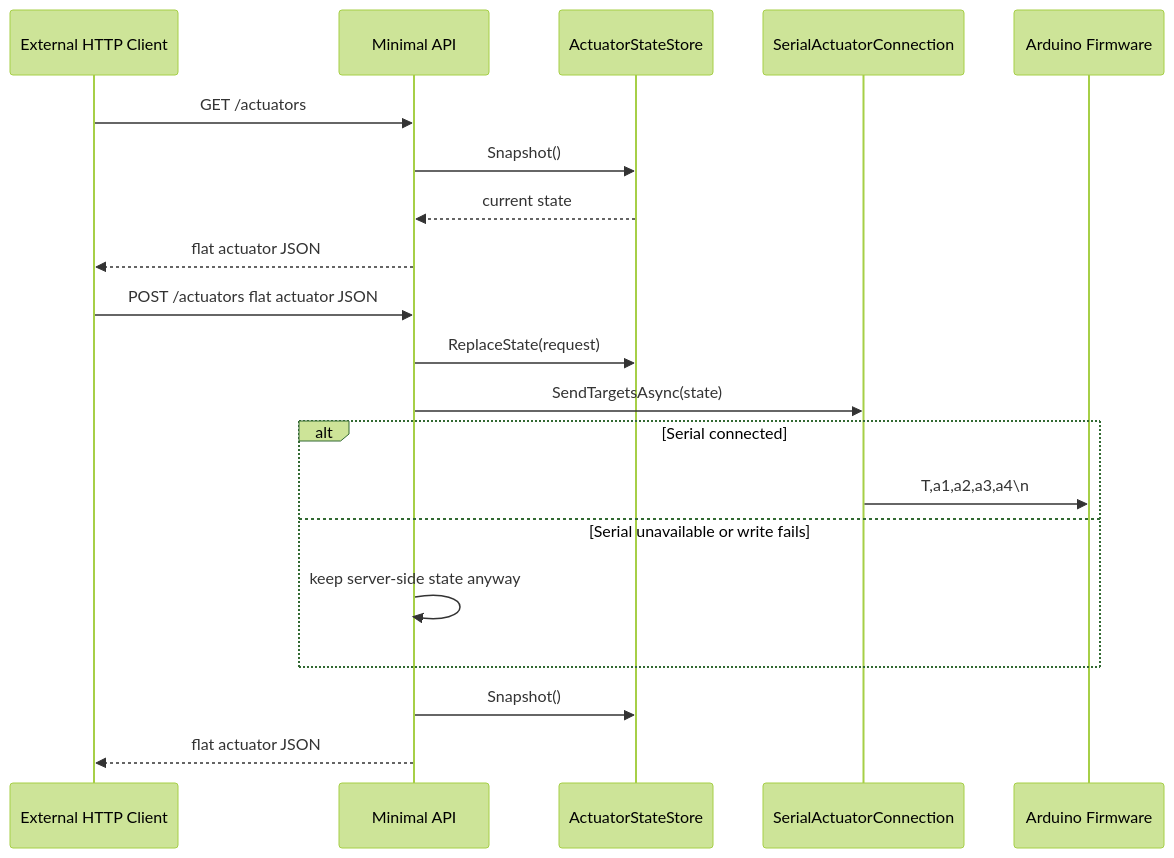
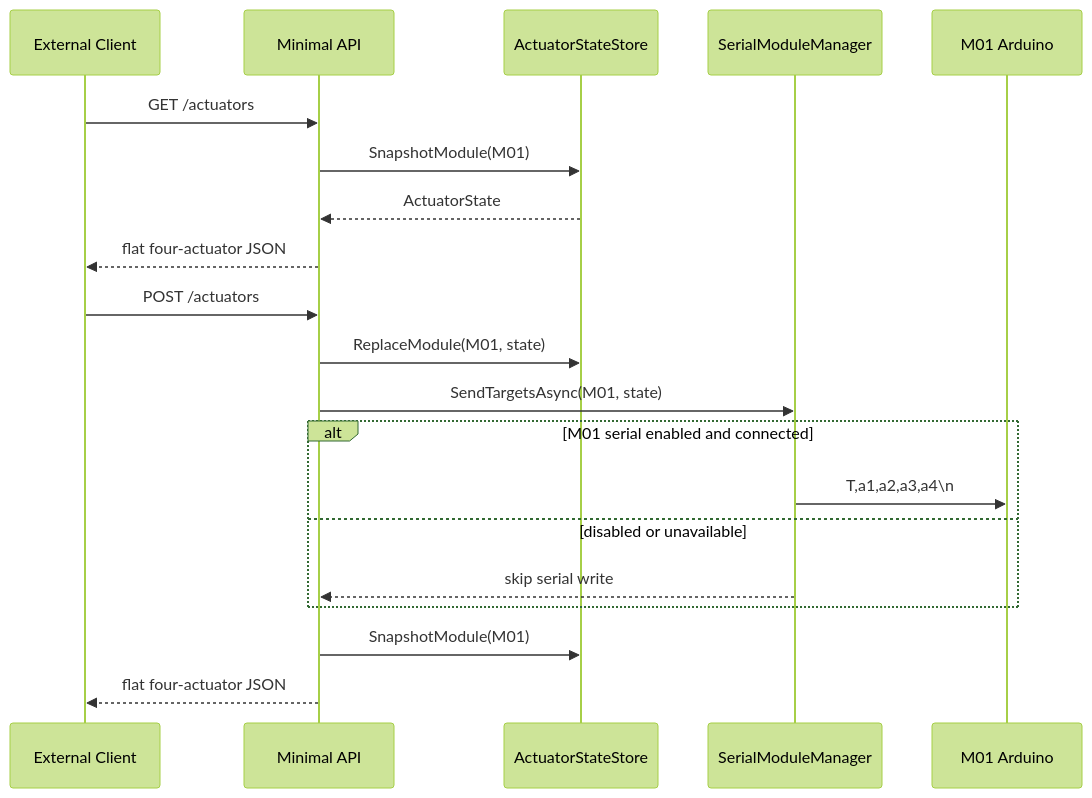
The fifth of 8 diagrams in linear_actuator/SYSTEM_DIAGRAM.md (Arastookhajehee/linear_actuator_dev), drawn with Mermaid (forest theme) before and after one commit. The commit also changed other lines of this file and 16 other files, not shown here.

Commit message:
Add bundled actuator module support

````diff
--- a/linear_actuator/SYSTEM_DIAGRAM.md
+++ b/linear_actuator/SYSTEM_DIAGRAM.md
@@ -57,24 +121,24 @@
 ```mermaid
 sequenceDiagram
-    participant Client as External HTTP Client
+    participant Client as External Client
     participant API as Minimal API
-    participant State as ActuatorStateStore
-    participant Serial as SerialActuatorConnection
-    participant Arduino as Arduino Firmware
+    participant Store as ActuatorStateStore
+    participant Serial as SerialModuleManager
+    participant Arduino as M01 Arduino
 
     Client->>API: GET /actuators
-    API->>State: Snapshot()
-    State-->>API: current state
-    API-->>Client: flat actuator JSON
+    API->>Store: SnapshotModule(M01)
+    Store-->>API: ActuatorState
+    API-->>Client: flat four-actuator JSON
 
-    Client->>API: POST /actuators flat actuator JSON
-    API->>State: ReplaceState(request)
-    API->>Serial: SendTargetsAsync(state)
-    alt Serial connected
+    Client->>API: POST /actuators
+    API->>Store: ReplaceModule(M01, state)
+    API->>Serial: SendTargetsAsync(M01, state)
+    alt M01 serial enabled and connected
         Serial->>Arduino: T,a1,a2,a3,a4\n
-    else Serial unavailable or write fails
-        API->>API: keep server-side state anyway
+    else disabled or unavailable
+        Serial-->>API: skip serial write
     end
-    API->>State: Snapshot()
-    API-->>Client: flat actuator JSON
+    API->>Store: SnapshotModule(M01)
+    API-->>Client: flat four-actuator JSON
 ```
````
